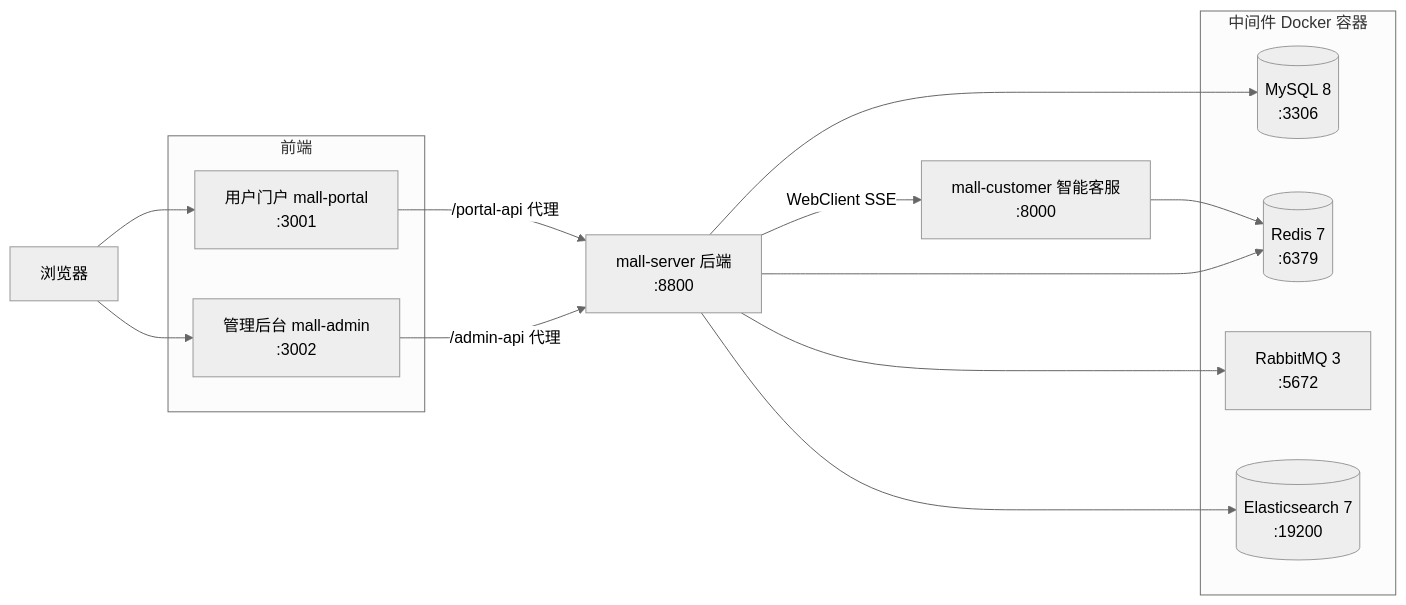
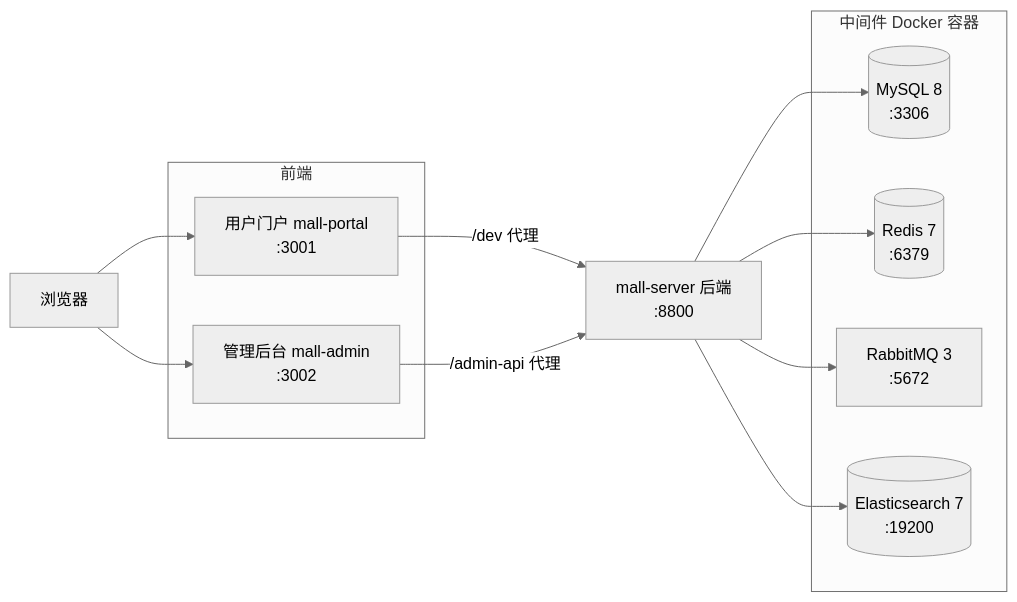
The third of 3 diagrams in data/readmes/quuuuj__mall.md (zqf20096327/dbhub_collect), drawn with Mermaid (neutral theme) before and after one commit. The commit also changed other lines of this file and 1784 other files, not shown here.

````diff
--- a/data/readmes/quuuuj__mall.md
+++ b/data/readmes/quuuuj__mall.md
@@ -137,30 +121,27 @@
 ```mermaid
 flowchart LR
     B[浏览器]
 
     subgraph 前端
         P[用户门户 mall-portal<br/>:3001]
         A[管理后台 mall-admin<br/>:3002]
     end
 
     S[mall-server 后端<br/>:8800]
-    C[mall-customer 智能客服<br/>:8000]
 
     subgraph 中间件 Docker 容器
         M[(MySQL 8<br/>:3306)]
         R[(Redis 7<br/>:6379)]
         Q[RabbitMQ 3<br/>:5672]
         E[(Elasticsearch 7<br/>:19200)]
     end
 
     B --> P
     B --> A
-    P -->|/portal-api 代理| S
+    P -->|/dev 代理| S
     A -->|/admin-api 代理| S
-    S -->|WebClient SSE| C
-    C --> R
     S --> M
     S --> R
     S --> Q
     S --> E
 ```
````
